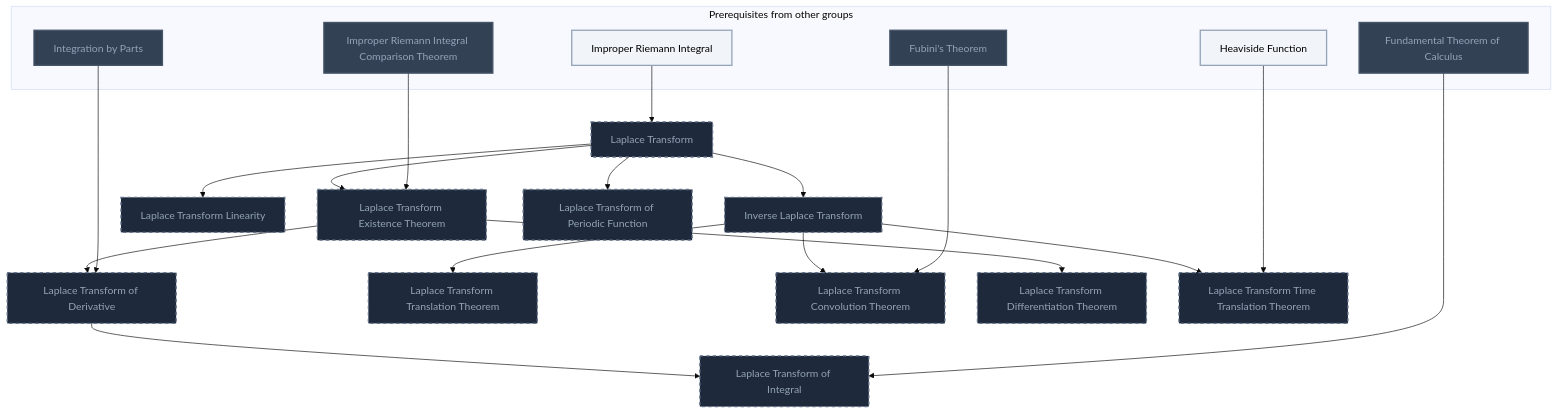
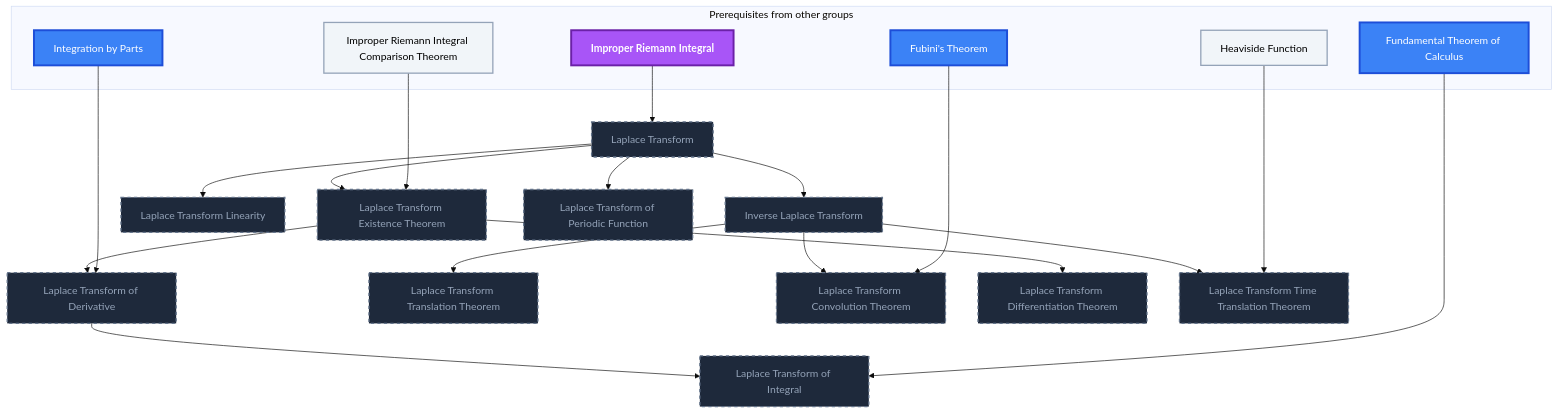
One commit to MRauf1/My-Notes changed the fourth of 7 diagrams in Gamification/Skill Trees/Ordinary Differential Equations.md. Above: the diagram before and after it, drawn with Mermaid (base theme). The commit also changed other lines of this file and 145 other files, not shown here.

````diff
--- a/Gamification/Skill Trees/Ordinary Differential Equations.md
+++ b/Gamification/Skill Trees/Ordinary Differential Equations.md
@@ -228,51 +230,52 @@
 ```mermaid
 flowchart TD
     classDef planned fill:#1E293B,stroke:#64748B,stroke-width:2px,stroke-dasharray:5 5,color:#94A3B8;
     classDef locked fill:#334155,stroke:#475569,stroke-width:2px,color:#94A3B8;
     classDef L0 fill:#F1F5F9,stroke:#94A3B8,stroke-width:2px,color:#000000;
     classDef L1 fill:#22C55E,stroke:#15803D,stroke-width:2px,color:#000000;
     classDef L2 fill:#3B82F6,stroke:#1D4ED8,stroke-width:3px,color:#FFFFFF;
     classDef L3 fill:#A855F7,stroke:#6B21A8,stroke-width:3px,color:#FFFFFF,font-weight:bold;
     classDef L4 fill:#F97316,stroke:#C2410C,stroke-width:4px,color:#000000,font-weight:bold;
     classDef L5 fill:#FFD700,stroke:#FF8C00,stroke-width:5px,color:#000000,font-weight:bold;
     classDef rusty stroke:#8B4513,stroke-width:4px,stroke-dasharray:3 3;
     subgraph sg_prereqs["Prerequisites from other groups"]
         n_improper_riemann_integral["Improper Riemann Integral"]
         n_improper_riemann_integral_comparison_theorem["Improper Riemann Integral Comparison Theorem"]
         n_integration_by_parts["Integration by Parts"]
         n_fubini_s_theorem["Fubini's Theorem"]
         n_fundamental_theorem_of_calculus["Fundamental Theorem of Calculus"]
         n_heaviside_function["Heaviside Function"]
     end
     n_laplace_transform["Laplace Transform"]
     n_inverse_laplace_transform["Inverse Laplace Transform"]
     n_laplace_transform_linearity["Laplace Transform Linearity"]
     n_laplace_transform_existence_theorem["Laplace Transform Existence Theorem"]
     n_laplace_transform_of_derivative["Laplace Transform of Derivative"]
     n_laplace_transform_translation_theorem["Laplace Transform Translation Theorem"]
     n_laplace_transform_convolution_theorem["Laplace Transform Convolution Theorem"]
     n_laplace_transform_of_integral["Laplace Transform of Integral"]
     n_laplace_transform_differentiation_theorem["Laplace Transform Differentiation Theorem"]
     n_laplace_transform_time_translation_theorem["Laplace Transform Time Translation Theorem"]
     n_laplace_transform_of_periodic_function["Laplace Transform of Periodic Function"]
     n_improper_riemann_integral --> n_laplace_transform
     n_laplace_transform --> n_inverse_laplace_transform
     n_laplace_transform --> n_laplace_transform_linearity
     n_improper_riemann_integral_comparison_theorem --> n_laplace_transform_existence_theorem
     n_laplace_transform --> n_laplace_transform_existence_theorem
     n_integration_by_parts --> n_laplace_transform_of_derivative
     n_laplace_transform_existence_theorem --> n_laplace_transform_of_derivative
     n_inverse_laplace_transform --> n_laplace_transform_translation_theorem
     n_fubini_s_theorem --> n_laplace_transform_convolution_theorem
     n_inverse_laplace_transform --> n_laplace_transform_convolution_theorem
     n_fundamental_theorem_of_calculus --> n_laplace_transform_of_integral
     n_laplace_transform_of_derivative --> n_laplace_transform_of_integral
     n_laplace_transform_existence_theorem --> n_laplace_transform_differentiation_theorem
     n_heaviside_function --> n_laplace_transform_time_translation_theorem
     n_inverse_laplace_transform --> n_laplace_transform_time_translation_theorem
     n_laplace_transform --> n_laplace_transform_of_periodic_function
     class n_laplace_transform,n_inverse_laplace_transform,n_laplace_transform_linearity,n_laplace_transform_existence_theorem,n_laplace_transform_of_derivative,n_laplace_transform_translation_theorem,n_laplace_transform_convolution_theorem,n_laplace_transform_of_integral,n_laplace_transform_differentiation_theorem,n_laplace_transform_time_translation_theorem,n_laplace_transform_of_periodic_function planned;
-    class n_improper_riemann_integral_comparison_theorem,n_integration_by_parts,n_fubini_s_theorem,n_fundamental_theorem_of_calculus locked;
-    class n_improper_riemann_integral,n_heaviside_function L0;
+    class n_improper_riemann_integral_comparison_theorem,n_heaviside_function L0;
+    class n_integration_by_parts,n_fubini_s_theorem,n_fundamental_theorem_of_calculus L2;
+    class n_improper_riemann_integral L3;
     class n_improper_riemann_integral,n_improper_riemann_integral_comparison_theorem,n_integration_by_parts,n_fubini_s_theorem,n_fundamental_theorem_of_calculus,n_heaviside_function internal-link;
 ```
````
